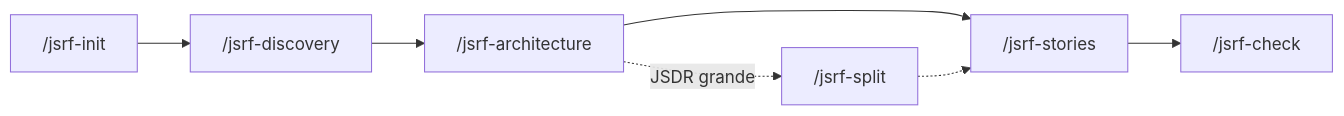
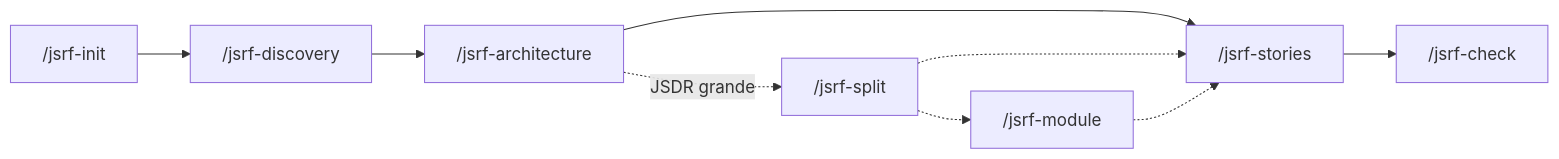
Before and after one commit to javiersrf/skills: the diagram in README.md, drawn with Mermaid. The commit also changed other lines of this file and 2 other files, not shown here.

Commit message:
feat: add jsrf-module skill and incremental story generation

````diff
--- a/README.md
+++ b/README.md
@@ -44,5 +45,6 @@
 ```mermaid
 graph LR
   I["/jsrf-init"] --> D["/jsrf-discovery"] --> A["/jsrf-architecture"] --> S["/jsrf-stories"] --> C["/jsrf-check"]
   A -. JSDR grande .-> SP["/jsrf-split"] -.-> S
+  SP -.-> M["/jsrf-module"] -.-> S
 ```
````
